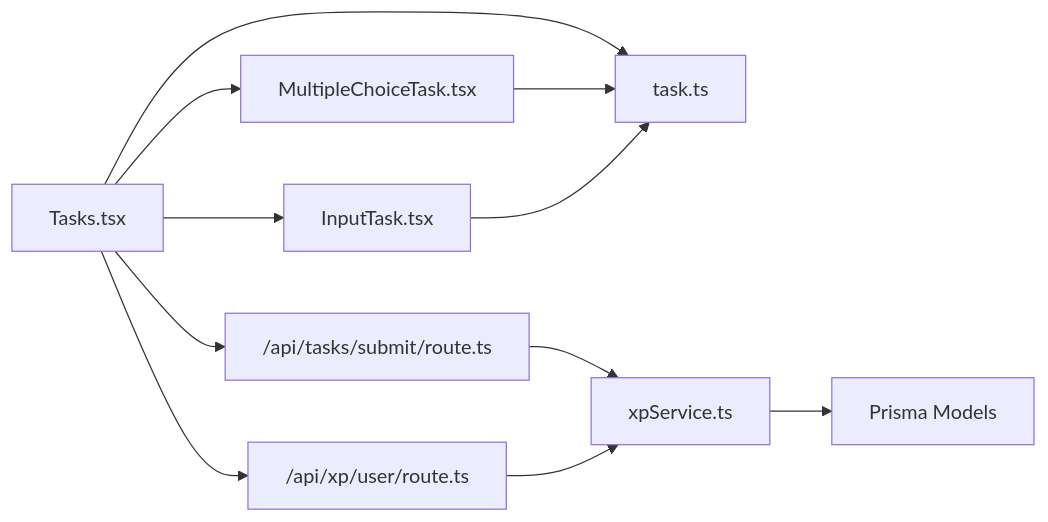
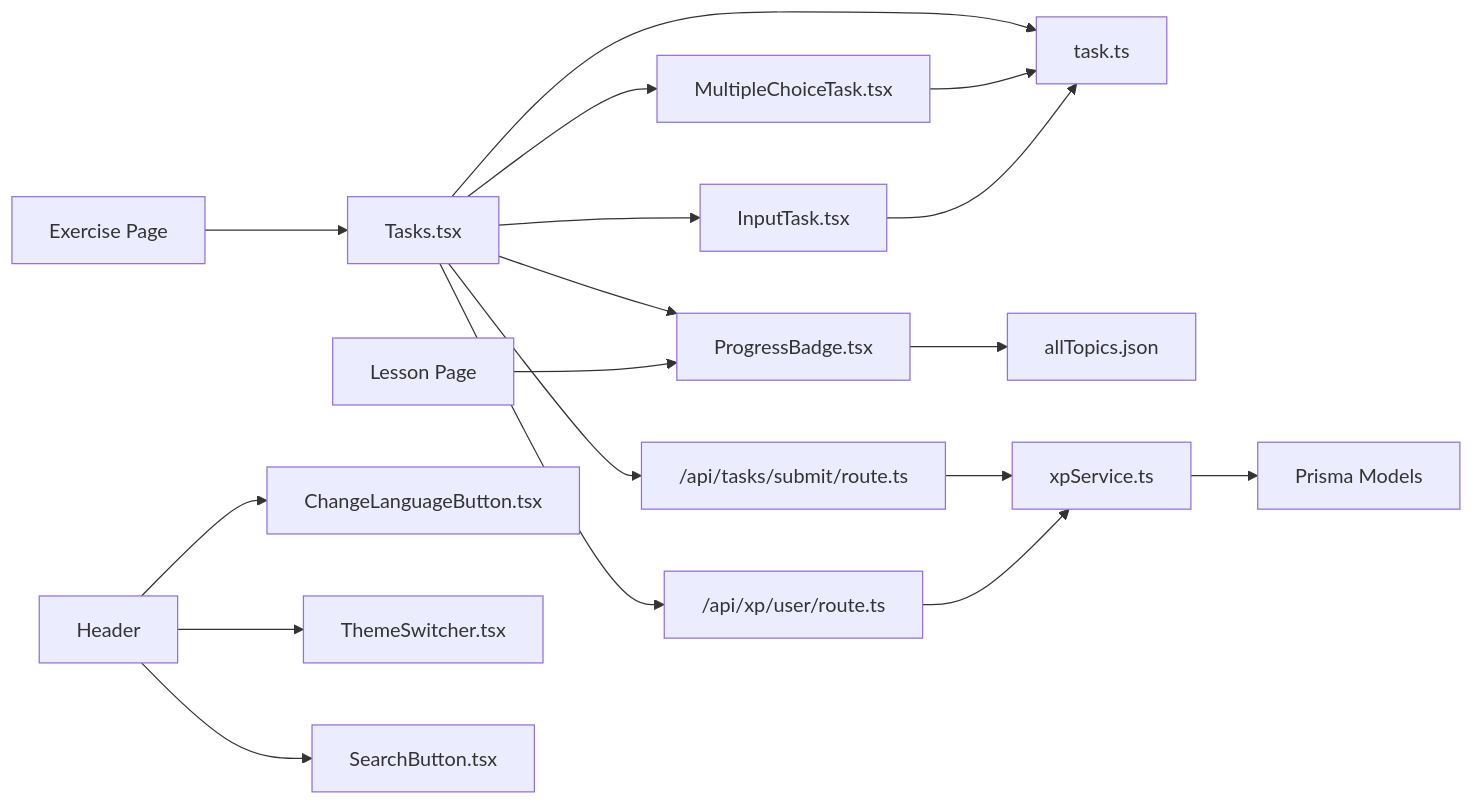
Before and after one commit to AlexKutz/math-app-next-js: the tenth of 10 diagrams in .qoder/repowiki/en/content/Core Features/Learning Interface/Learning Interface.md, drawn with Mermaid. The commit also changed other lines of this file and 9 other files, not shown here.

````diff
--- a/.qoder/repowiki/en/content/Core Features/Learning Interface/Learning Interface.md
+++ b/.qoder/repowiki/en/content/Core Features/Learning Interface/Learning Interface.md
@@ -359,13 +505,20 @@
 ```mermaid
 graph LR
 Tasks["Tasks.tsx"] --> Types["task.ts"]
 Tasks --> XPAPI["/api/xp/user/route.ts"]
 Tasks --> SubmitAPI["/api/tasks/submit/route.ts"]
 Tasks --> MC["MultipleChoiceTask.tsx"]
 Tasks --> IT["InputTask.tsx"]
+Tasks --> PB["ProgressBadge.tsx"]
+PB --> Topics["allTopics.json"]
 MC --> Types
 IT --> Types
 SubmitAPI --> XPS["xpService.ts"]
 XPAPI --> XPS
 XPS --> Prisma["Prisma Models"]
+LP["Lesson Page"] --> PB
+EP["Exercise Page"] --> Tasks
+HB["Header"] --> CLB["ChangeLanguageButton.tsx"]
+HB --> HS["ThemeSwitcher.tsx"]
+HB --> SB["SearchButton.tsx"]
 ```
````
